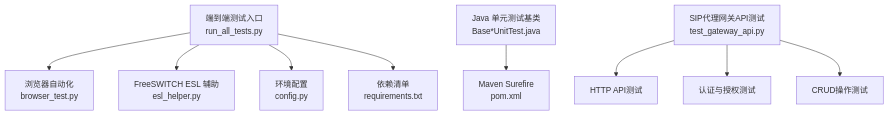
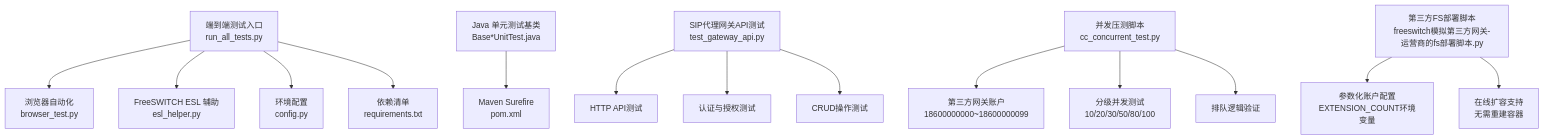
Before and after one commit to D2Moqi/open-ipcc: the first of 9 diagrams in .qoder/repowiki/zh/content/测试与调试/测试与调试.md, drawn with Mermaid. The commit also changed other lines of this file and 577 other files, not shown here.

````diff
--- a/.qoder/repowiki/zh/content/测试与调试/测试与调试.md
+++ b/.qoder/repowiki/zh/content/测试与调试/测试与调试.md
@@ -52,11 +55,16 @@
 ```mermaid
 graph TB
 A["端到端测试入口<br/>run_all_tests.py"] --> B["浏览器自动化<br/>browser_test.py"]
 A --> C["FreeSWITCH ESL 辅助<br/>esl_helper.py"]
 A --> D["环境配置<br/>config.py"]
 A --> E["依赖清单<br/>requirements.txt"]
 F["Java 单元测试基类<br/>Base*UnitTest.java"] --> G["Maven Surefire<br/>pom.xml"]
 H["SIP代理网关API测试<br/>test_gateway_api.py"] --> I["HTTP API测试"]
 H --> J["认证与授权测试"]
 H --> K["CRUD操作测试"]
+L["并发压测脚本<br/>cc_concurrent_test.py"] --> M["第三方网关账户<br/>18600000000~18600000099"]
+L --> N["分级并发测试<br/>10/20/30/50/80/100"]
+L --> O["排队逻辑验证"]
+P["第三方FS部署脚本<br/>freeswitch模拟第三方网关-运营商的fs部署脚本.py"] --> Q["参数化账户配置<br/>EXTENSION_COUNT环境变量"]
+P --> R["在线扩容支持<br/>无需重建容器"]
 ```
````
